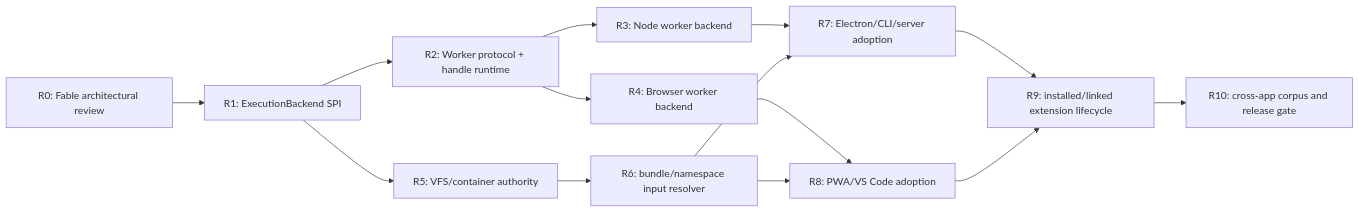
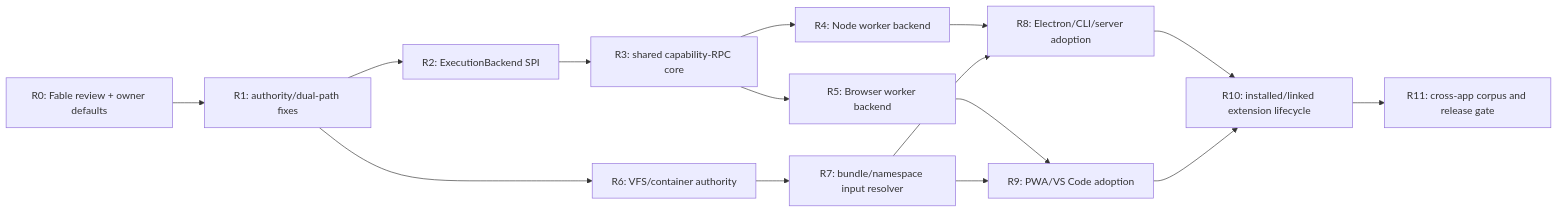
Before and after one commit to hometlt/ModKit: the diagram in PLAN_NEXT_A2_A3_WORKER_VFS_APPS_2026-08-18.md, drawn with Mermaid. The commit also changed other lines of this file and 3 other files, not shown here.

Commit message:
docs: integrate Fable review and task ownership

````diff
--- a/PLAN_NEXT_A2_A3_WORKER_VFS_APPS_2026-08-18.md
+++ b/PLAN_NEXT_A2_A3_WORKER_VFS_APPS_2026-08-18.md
@@ -73,16 +76,17 @@
 ```mermaid
 flowchart LR
-  R["R0: Fable architectural review"] --> E["R1: ExecutionBackend SPI"]
-  E --> P["R2: Worker protocol + handle runtime"]
-  P --> N["R3: Node worker backend"]
-  P --> B["R4: Browser worker backend"]
-  E --> V["R5: VFS/container authority"]
-  V --> I["R6: bundle/namespace input resolver"]
-  N --> A["R7: Electron/CLI/server adoption"]
-  B --> W["R8: PWA/VS Code adoption"]
+  R["R0: Fable review + owner defaults"] --> H["R1: authority/dual-path fixes"]
+  H --> E["R2: ExecutionBackend SPI"]
+  E --> P["R3: shared capability-RPC core"]
+  P --> N["R4: Node worker backend"]
+  P --> B["R5: Browser worker backend"]
+  H --> V["R6: VFS/container authority"]
+  V --> I["R7: bundle/namespace input resolver"]
+  N --> A["R8: Electron/CLI/server adoption"]
+  B --> W["R9: PWA/VS Code adoption"]
   I --> A
   I --> W
-  A --> X["R9: installed/linked extension lifecycle"]
+  A --> X["R10: installed/linked extension lifecycle"]
   W --> X
-  X --> C["R10: cross-app corpus and release gate"]
+  X --> C["R11: cross-app corpus and release gate"]
 ```
````
